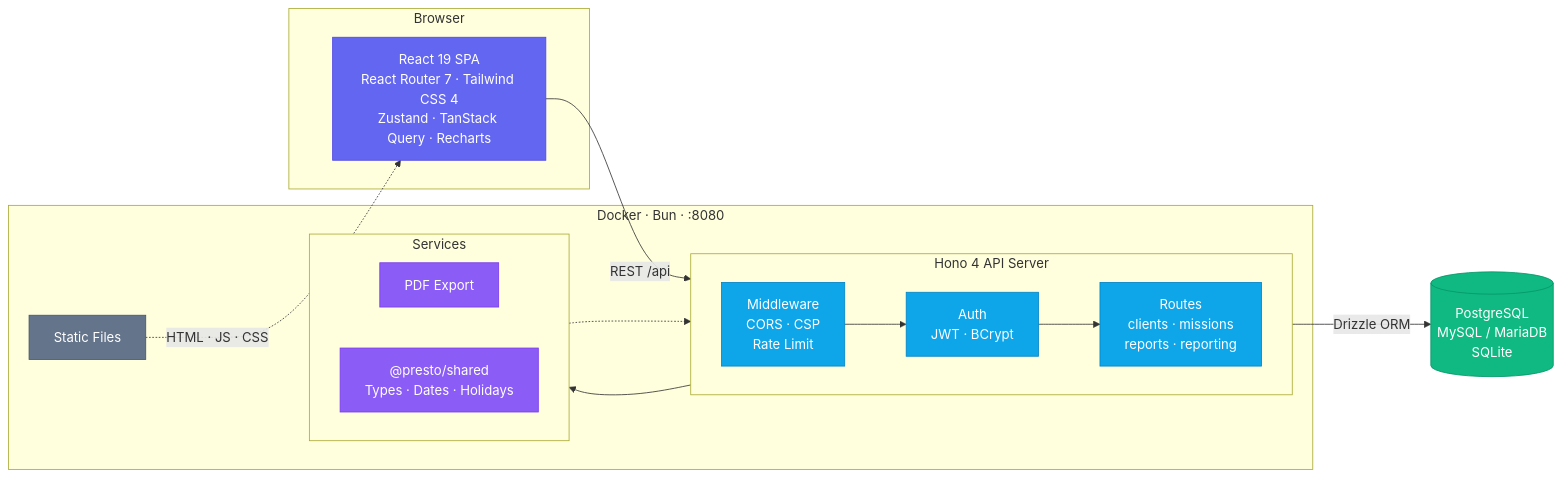
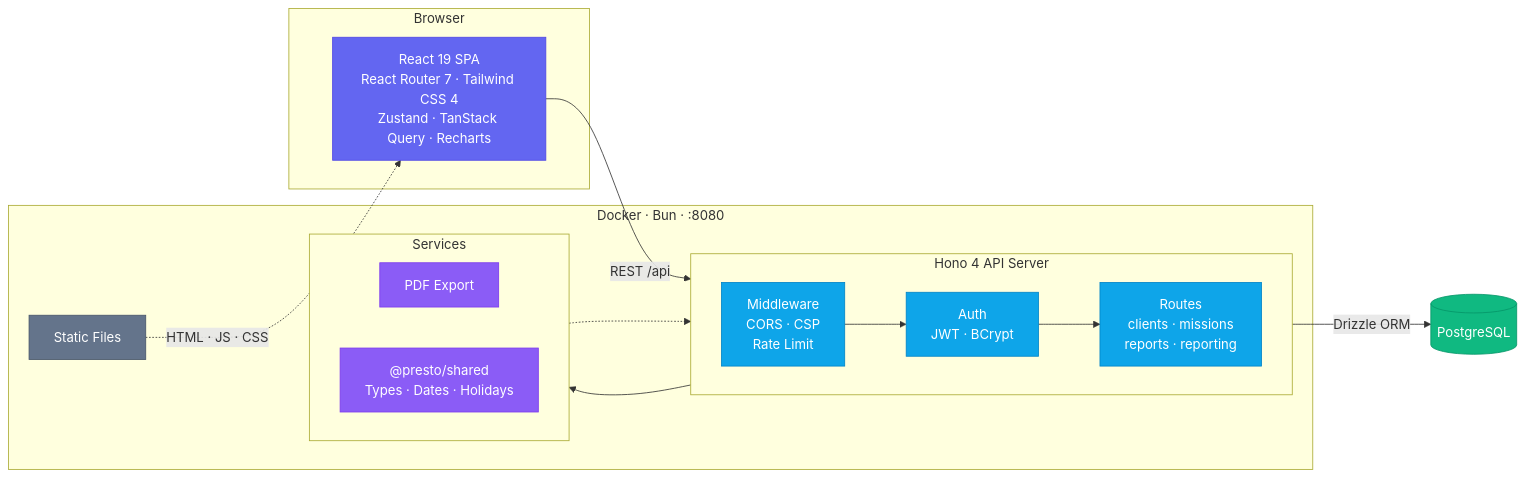
The diagram in README.md (tux86/presto), drawn with Mermaid before and after one commit. The commit also changed other lines of this file and 34 other files, not shown here.

First line of the commit message:
refactor: remove MySQL/SQLite support, keep PostgreSQL only

````diff
--- a/README.md
+++ b/README.md
@@ -120,41 +120,41 @@
 ```mermaid
 flowchart LR
     subgraph client["Browser"]
         SPA["React 19 SPA<br/>React Router 7 · Tailwind CSS 4<br/>Zustand · TanStack Query · Recharts"]
     end
 
     subgraph docker["Docker · Bun · :8080"]
         Static["Static Files"]
 
         subgraph hono["Hono 4 API Server"]
             direction LR
             MW["Middleware<br/>CORS · CSP<br/>Rate Limit"] --> Auth["Auth<br/>JWT · BCrypt"] --> Routes["Routes<br/>clients · missions<br/>reports · reporting"]
         end
 
         subgraph services["Services"]
             direction LR
             PDF["PDF Export"]
             Shared["@presto/shared<br/>Types · Dates · Holidays"]
         end
     end
 
-    DB[("PostgreSQL<br/>MySQL / MariaDB<br/>SQLite")]
+    DB[("PostgreSQL")]
 
     Static -.->|"HTML · JS · CSS"| SPA
     SPA -->|"REST /api"| MW
     Routes --> services
     Routes -->|"Drizzle ORM"| DB
     Shared -.-> Routes
 
     classDef frontend fill:#6366f1,stroke:#4f46e5,color:#fff
     classDef backend fill:#0ea5e9,stroke:#0284c7,color:#fff
     classDef service fill:#8b5cf6,stroke:#7c3aed,color:#fff
     classDef database fill:#10b981,stroke:#059669,color:#fff
     classDef static fill:#64748b,stroke:#475569,color:#fff
 
     class SPA frontend
     class MW,Auth,Routes backend
     class PDF,Shared service
     class DB database
     class Static static
 ```
````
